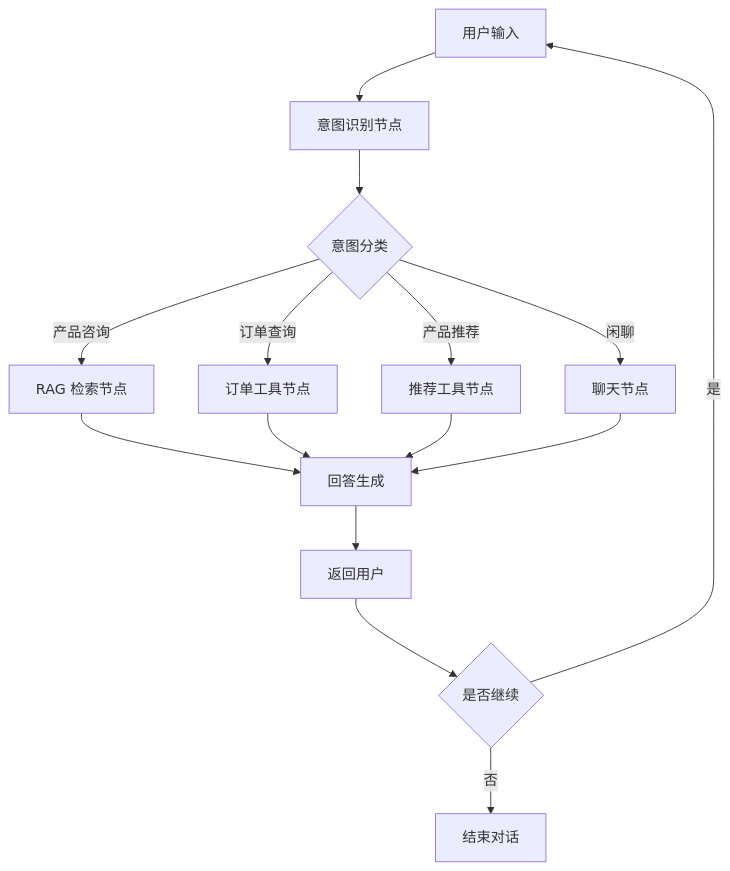
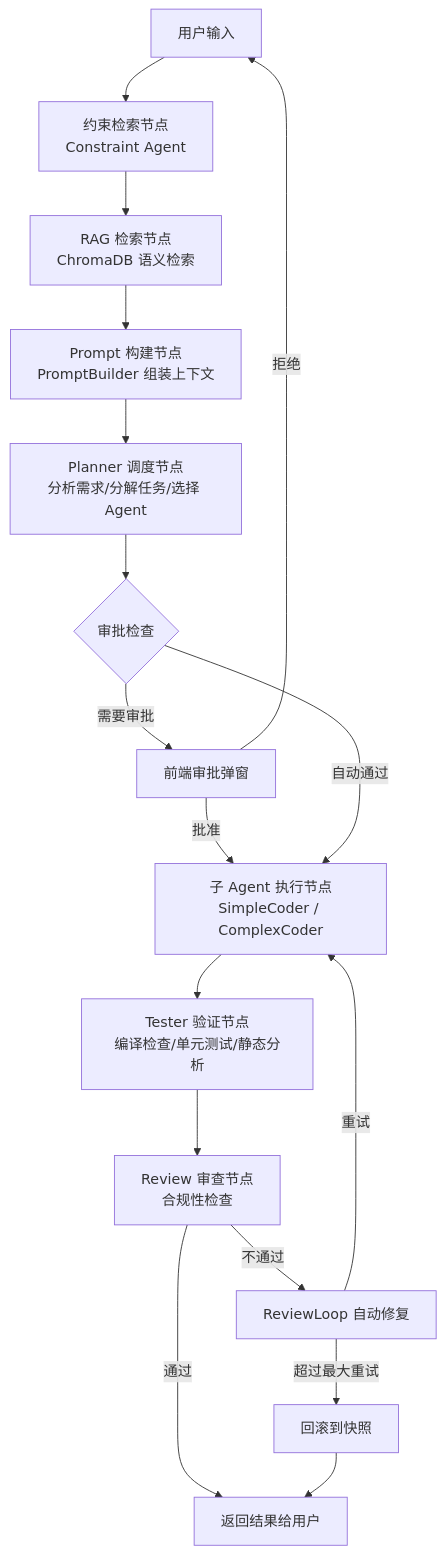
Before and after one commit to PMA213X/bandcode: the diagram in docs/project-report/02-产品设计.md, drawn with Mermaid. The commit also changed other lines of this file and 15 other files, not shown here.

````diff
--- a/docs/project-report/02-产品设计.md
+++ b/docs/project-report/02-产品设计.md
@@ -39,17 +85,19 @@
 ```mermaid
 graph TD
-    A[用户输入] --> B[意图识别节点]
-    B --> C{意图分类}
-    C -->|产品咨询| D[RAG 检索节点]
-    C -->|订单查询| E[订单工具节点]
-    C -->|产品推荐| F[推荐工具节点]
-    C -->|闲聊| G[聊天节点]
-    D --> H[回答生成]
-    E --> H
-    F --> H
-    G --> H
-    H --> I[返回用户]
-    I --> J{是否继续}
-    J -->|是| A
-    J -->|否| K[结束对话]
+    A[用户输入] --> B[约束检索节点<br/>Constraint Agent]
+    B --> C[RAG 检索节点<br/>ChromaDB 语义检索]
+    C --> D[Prompt 构建节点<br/>PromptBuilder 组装上下文]
+    D --> E[Planner 调度节点<br/>分析需求/分解任务/选择 Agent]
+    E --> F{审批检查}
+    F -->|需要审批| G[前端审批弹窗]
+    G -->|批准| H
+    G -->|拒绝| A
+    F -->|自动通过| H[子 Agent 执行节点<br/>SimpleCoder / ComplexCoder]
+    H --> I[Tester 验证节点<br/>编译检查/单元测试/静态分析]
+    I --> J[Review 审查节点<br/>合规性检查]
+    J -->|通过| K[返回结果给用户]
+    J -->|不通过| L[ReviewLoop 自动修复]
+    L -->|重试| H
+    L -->|超过最大重试| M[回滚到快照]
+    M --> K
 ```
````
